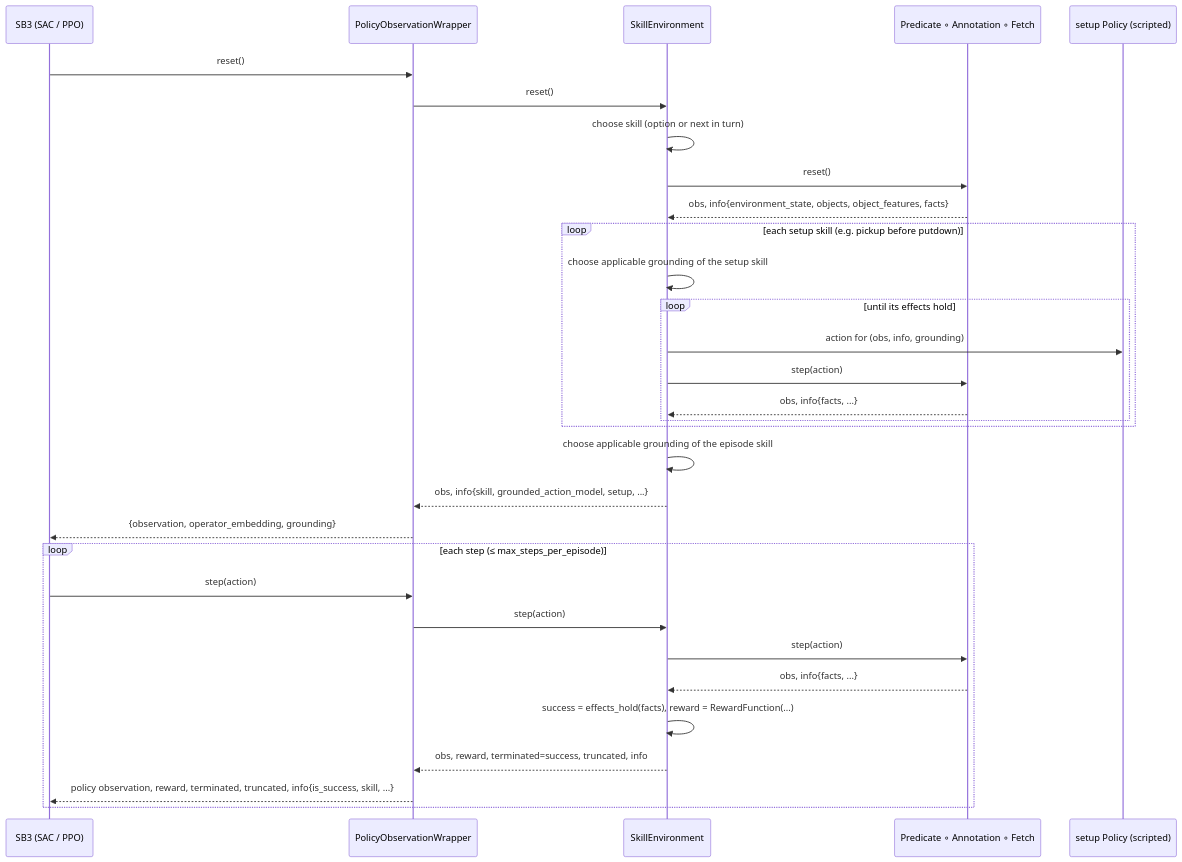
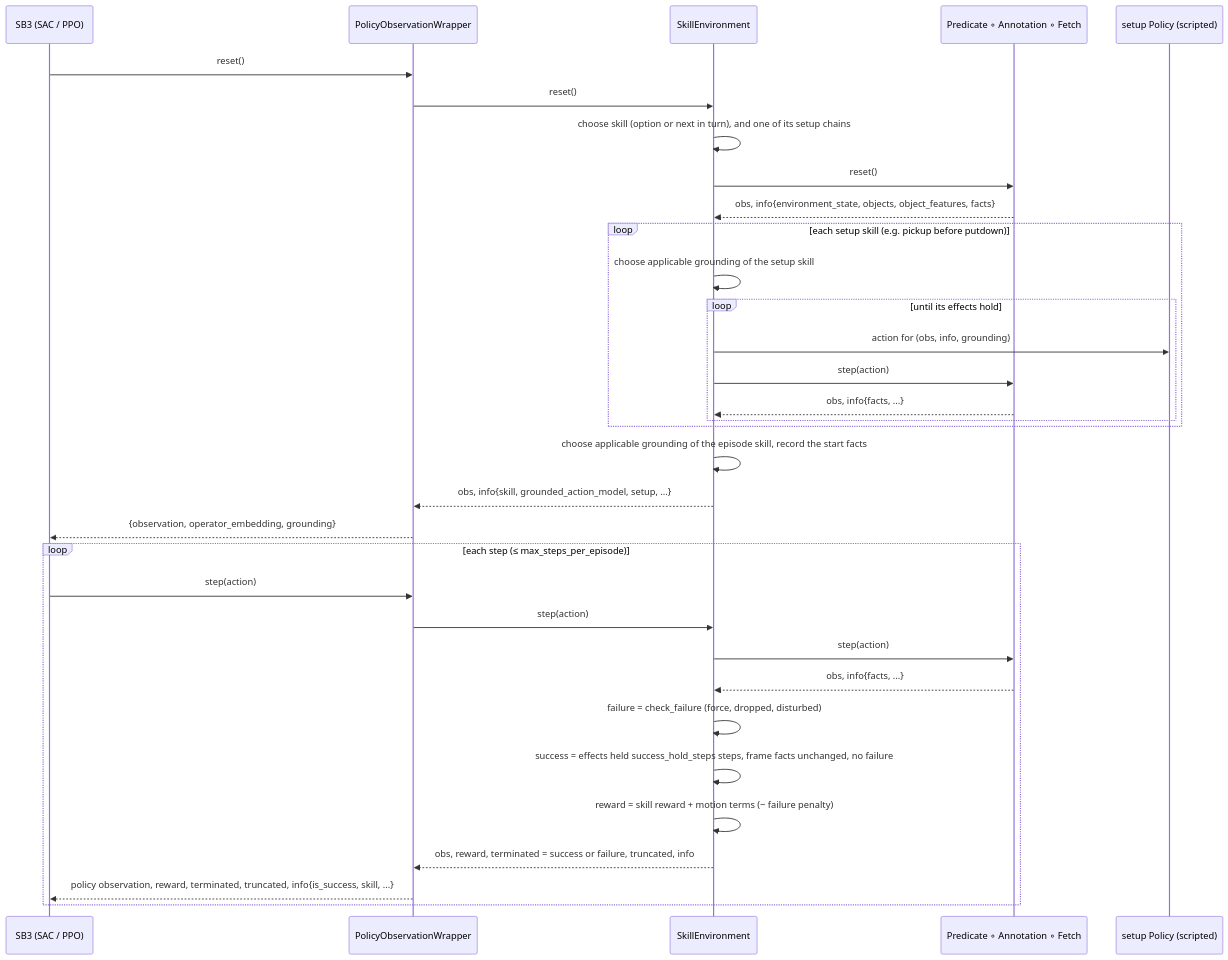
Before and after one commit to carwyn987/compositional_action_models: the second of 3 diagrams in docs/component_diagrams.md, drawn with Mermaid. The commit also changed other lines of this file and 1 other file, not shown here.

First line of the commit message:
component_diagrams: cover every encoder, extractor, callback and script

````diff
--- a/docs/component_diagrams.md
+++ b/docs/component_diagrams.md
@@ -156,34 +199,36 @@
 ```mermaid
 sequenceDiagram
     participant A as SB3 (SAC / PPO)
     participant O as PolicyObservationWrapper
     participant S as SkillEnvironment
     participant F as Predicate ∘ Annotation ∘ Fetch
     participant P as setup Policy (scripted)
 
     A->>O: reset()
     O->>S: reset()
-    S->>S: choose skill (option or next in turn)
+    S->>S: choose skill (option or next in turn), and one of its setup chains
     S->>F: reset()
     F-->>S: obs, info{environment_state, objects, object_features, facts}
     loop each setup skill (e.g. pickup before putdown)
         S->>S: choose applicable grounding of the setup skill
         loop until its effects hold
             S->>P: action for (obs, info, grounding)
             S->>F: step(action)
             F-->>S: obs, info{facts, ...}
         end
     end
-    S->>S: choose applicable grounding of the episode skill
+    S->>S: choose applicable grounding of the episode skill, record the start facts
     S-->>O: obs, info{skill, grounded_action_model, setup, ...}
     O-->>A: {observation, operator_embedding, grounding}
     loop each step (≤ max_steps_per_episode)
         A->>O: step(action)
         O->>S: step(action)
         S->>F: step(action)
         F-->>S: obs, info{facts, ...}
-        S->>S: success = effects_hold(facts), reward = RewardFunction(...)
-        S-->>O: obs, reward, terminated=success, truncated, info
+        S->>S: failure = check_failure (force, dropped, disturbed)
+        S->>S: success = effects held success_hold_steps steps, frame facts unchanged, no failure
+        S->>S: reward = skill reward + motion terms (− failure penalty)
+        S-->>O: obs, reward, terminated = success or failure, truncated, info
         O-->>A: policy observation, reward, terminated, truncated, info{is_success, skill, ...}
     end
 ```
````
